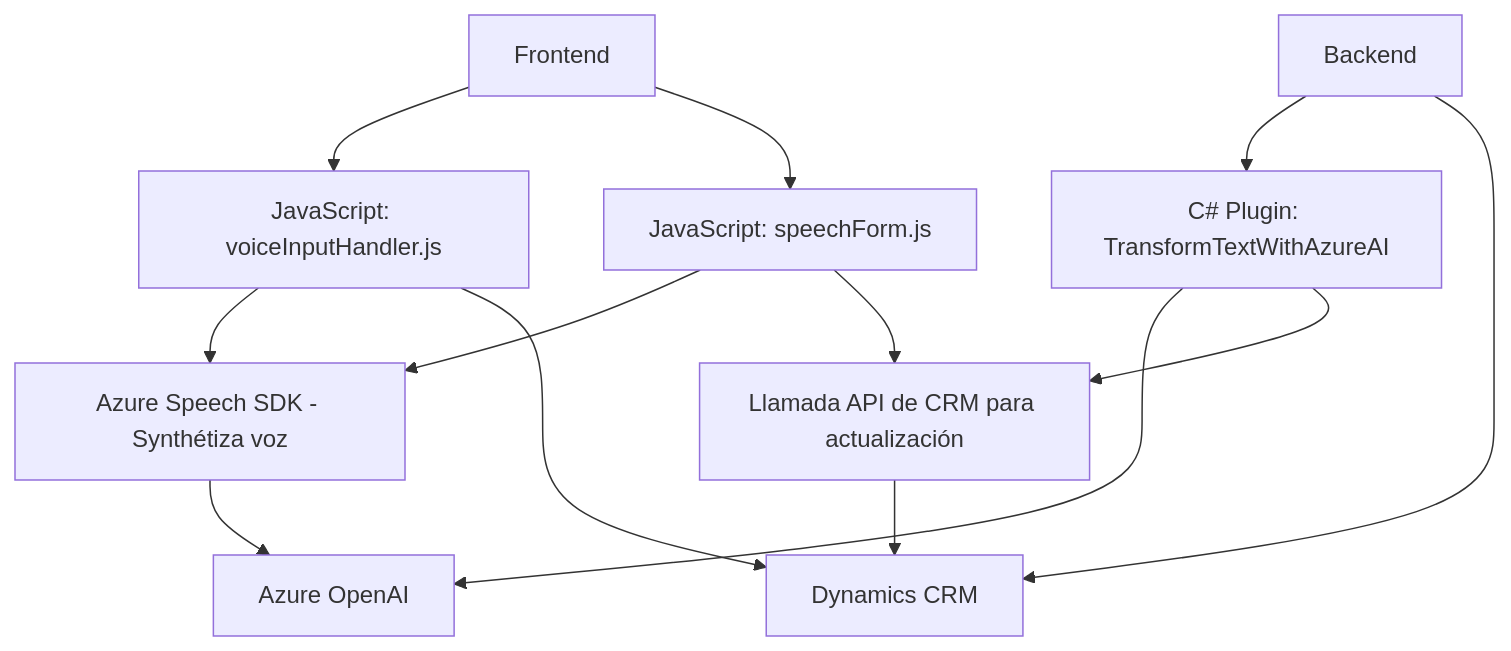
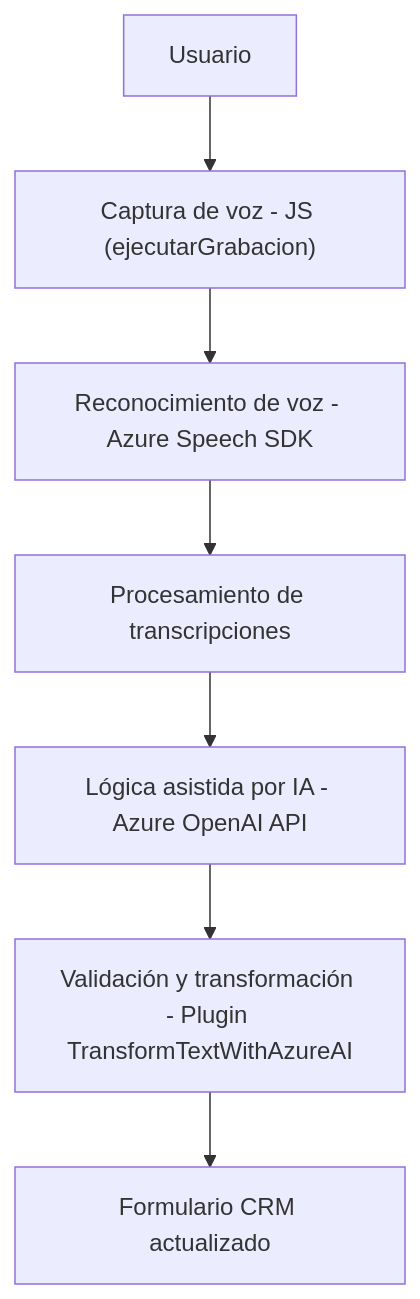
Before and after one commit to blopezdm/NETCORE_BILBAO2025: the diagram in README.md, drawn with Mermaid. The commit also changed other lines of this file, not shown here.

````diff
--- a/README.md
+++ b/README.md
@@ -45,28 +40,9 @@
 ```mermaid
 graph TD
-    VoiceInputHandler["JavaScript: voiceInputHandler.js"]
-    SpeechFormHandler["JavaScript: speechForm.js"]
-    CSharpPlugin["C# Plugin: TransformTextWithAzureAI"]
-    AzureSpeechSDK["Azure Speech SDK"]
-    AzureOpenAI["Azure OpenAI"]
-    DynamicsCRM["Dynamics CRM"]
-    CRMWebAPI["CRM Web API"]
-
-    Frontend["Frontend"]
-    Backend["Backend"]
-
-    Frontend --> VoiceInputHandler
-    Frontend --> SpeechFormHandler
-    Backend --> CSharpPlugin
-
-    VoiceInputHandler --> AzureSpeechSDK["Azure Speech SDK - Synthétiza voz"]
-    VoiceInputHandler --> DynamicsCRM
-    SpeechFormHandler --> AzureSpeechSDK
-    SpeechFormHandler --> CRMWebAPI["Llamada API de CRM para actualización"]
-    CSharpPlugin --> AzureOpenAI
-    CSharpPlugin --> CRMWebAPI
-
-    AzureSpeechSDK --> AzureOpenAI
-    CRMWebAPI --> DynamicsCRM
-    Backend --> DynamicsCRM
+  A["Usuario"] --> B["Captura de voz - JS (ejecutarGrabacion)"]
+  B --> C["Reconocimiento de voz - Azure Speech SDK"]
+  C --> D["Procesamiento de transcripciones"]
+  D --> E["Lógica asistida por IA - Azure OpenAI API"]
+  E --> F["Validación y transformación - Plugin TransformTextWithAzureAI"]
+  F --> G["Formulario CRM actualizado"]
 ```
````
